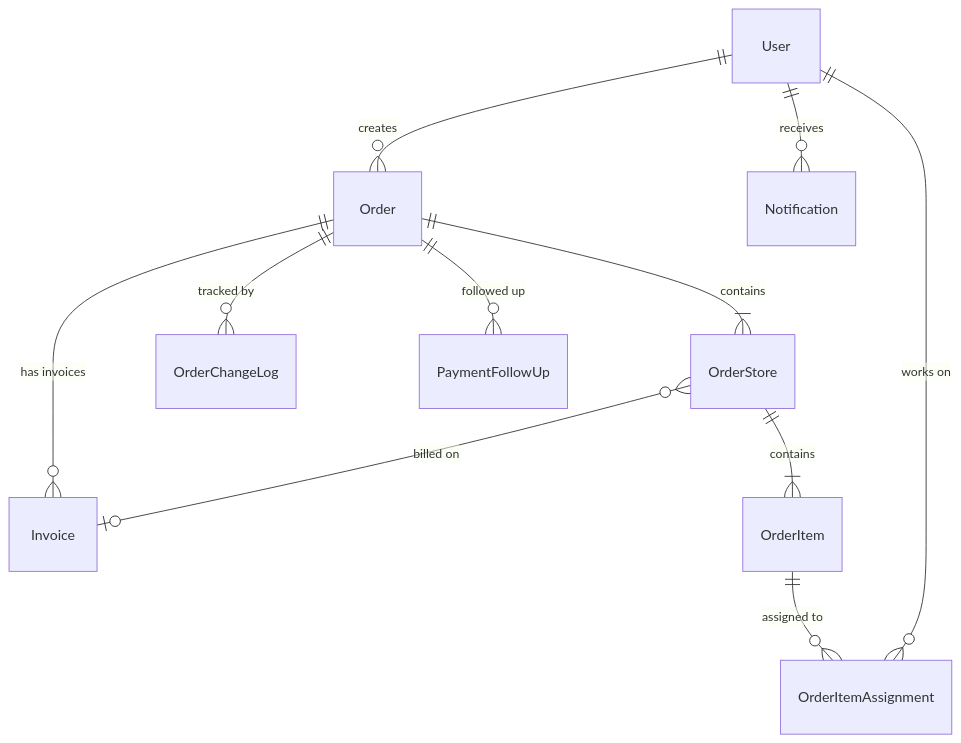
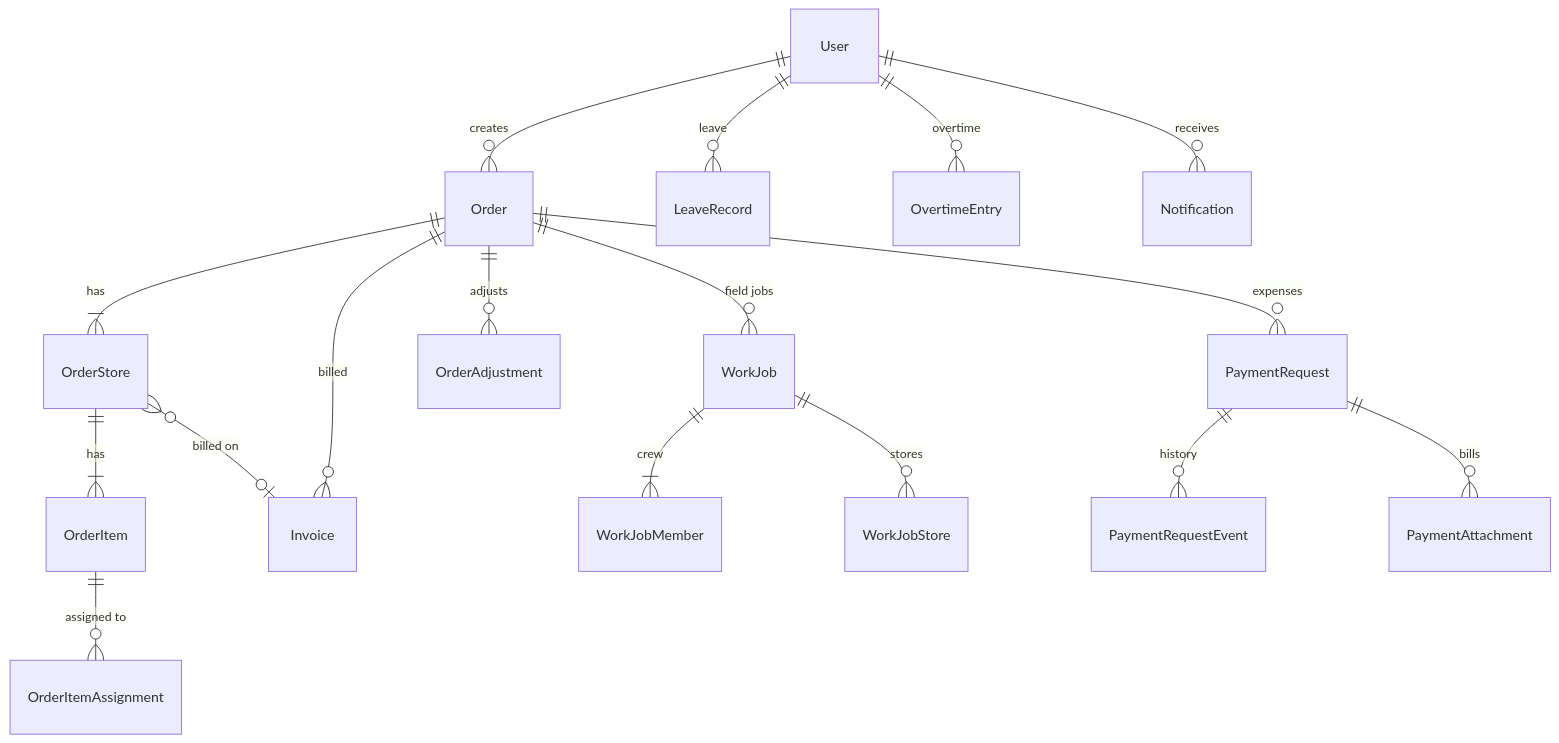
The third of 3 diagrams in README.md (im-notpranav/SaiBalajiDigitals), drawn with Mermaid before and after one commit. The commit also changed other lines of this file, not shown here.

````diff
--- a/README.md
+++ b/README.md
@@ -432,13 +313,19 @@
 ```mermaid
 erDiagram
     User ||--o{ Order : creates
-    User ||--o{ Notification : receives
-    Order ||--|{ OrderStore : contains
-    Order ||--o{ Invoice : "has invoices"
-    Order ||--o{ OrderChangeLog : "tracked by"
-    Order ||--o{ PaymentFollowUp : "followed up"
-    OrderStore ||--|{ OrderItem : contains
+    Order ||--|{ OrderStore : has
+    OrderStore ||--|{ OrderItem : has
+    Order ||--o{ Invoice : billed
     OrderStore }o--o| Invoice : "billed on"
     OrderItem ||--o{ OrderItemAssignment : "assigned to"
-    User ||--o{ OrderItemAssignment : "works on"
+    Order ||--o{ OrderAdjustment : adjusts
+    Order ||--o{ WorkJob : "field jobs"
+    WorkJob ||--|{ WorkJobMember : crew
+    WorkJob ||--o{ WorkJobStore : stores
+    Order ||--o{ PaymentRequest : expenses
+    PaymentRequest ||--o{ PaymentRequestEvent : history
+    PaymentRequest ||--o{ PaymentAttachment : bills
+    User ||--o{ LeaveRecord : leave
+    User ||--o{ OvertimeEntry : overtime
+    User ||--o{ Notification : receives
 ```
````
